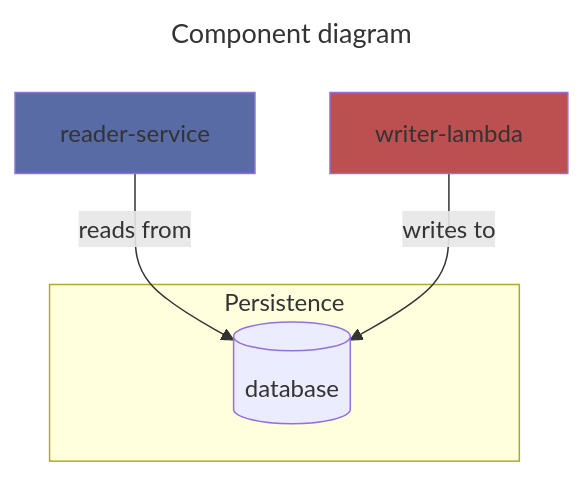
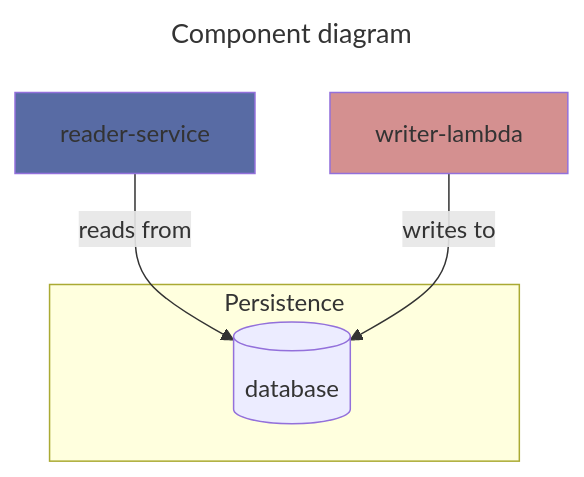
The first of 2 diagrams in README.md (mcanlas/temporal-diagrams), drawn with Mermaid before and after one commit. The commit also changed other lines of this file and 1 other file, not shown here.

````diff
--- a/README.md
+++ b/README.md
@@ -8,23 +8,23 @@
 ```mermaid
 ---
 title: Component diagram
 ---
 flowchart
   reader-service:::Service
 
   writer-lambda:::Lambda
 
-  classDef Lambda fill:#bc4f4f
+  classDef Lambda fill:#d49090
 
-  classDef Service fill:#586ba4
+  classDef Service fill:#a1add1
 
   subgraph persistence [Persistence]
     database[(database)]:::Database
 
     classDef Service fill:#586ba4
   end
 
   reader-service -- reads from --> database
 
   writer-lambda -- writes to --> database
 ```
````
